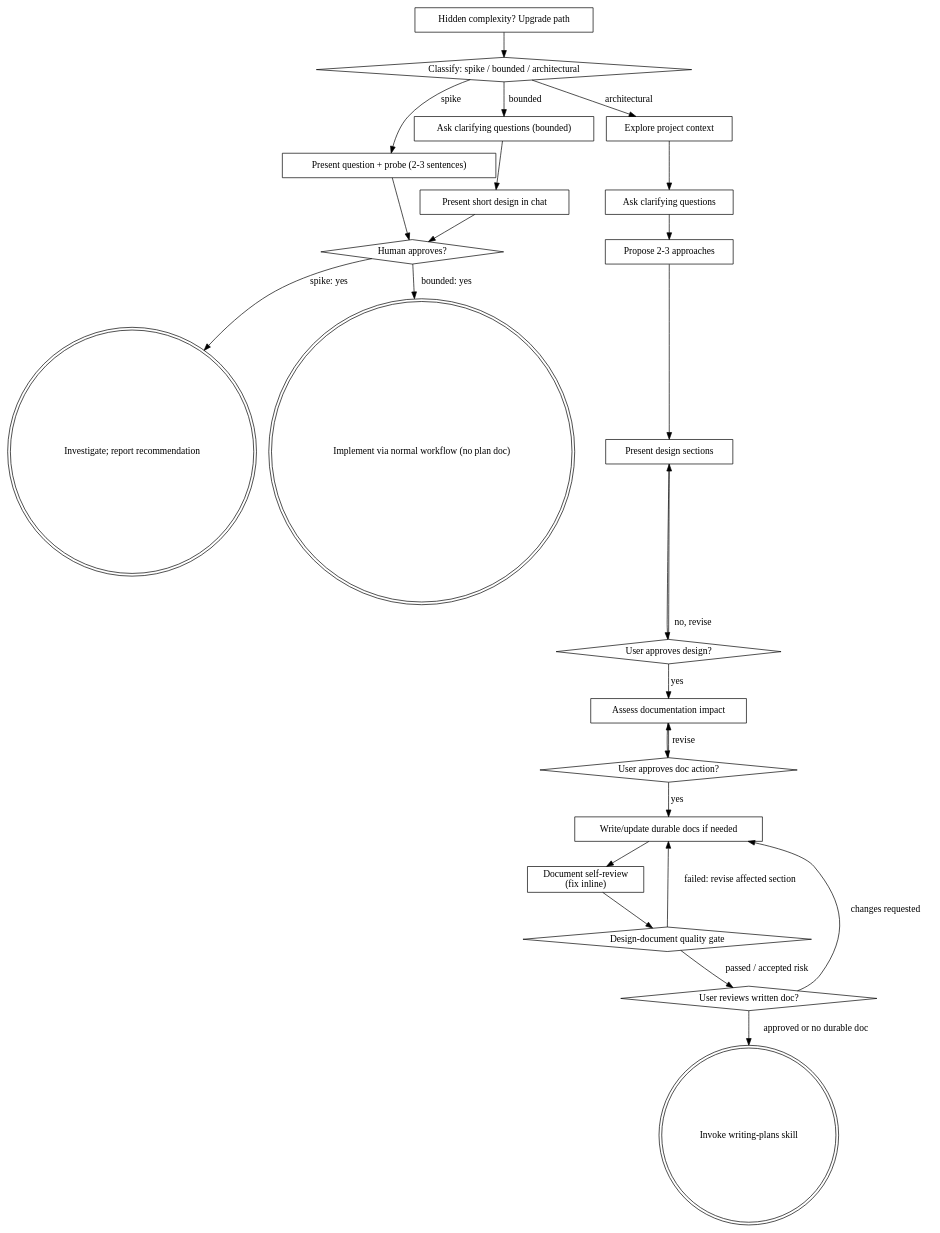
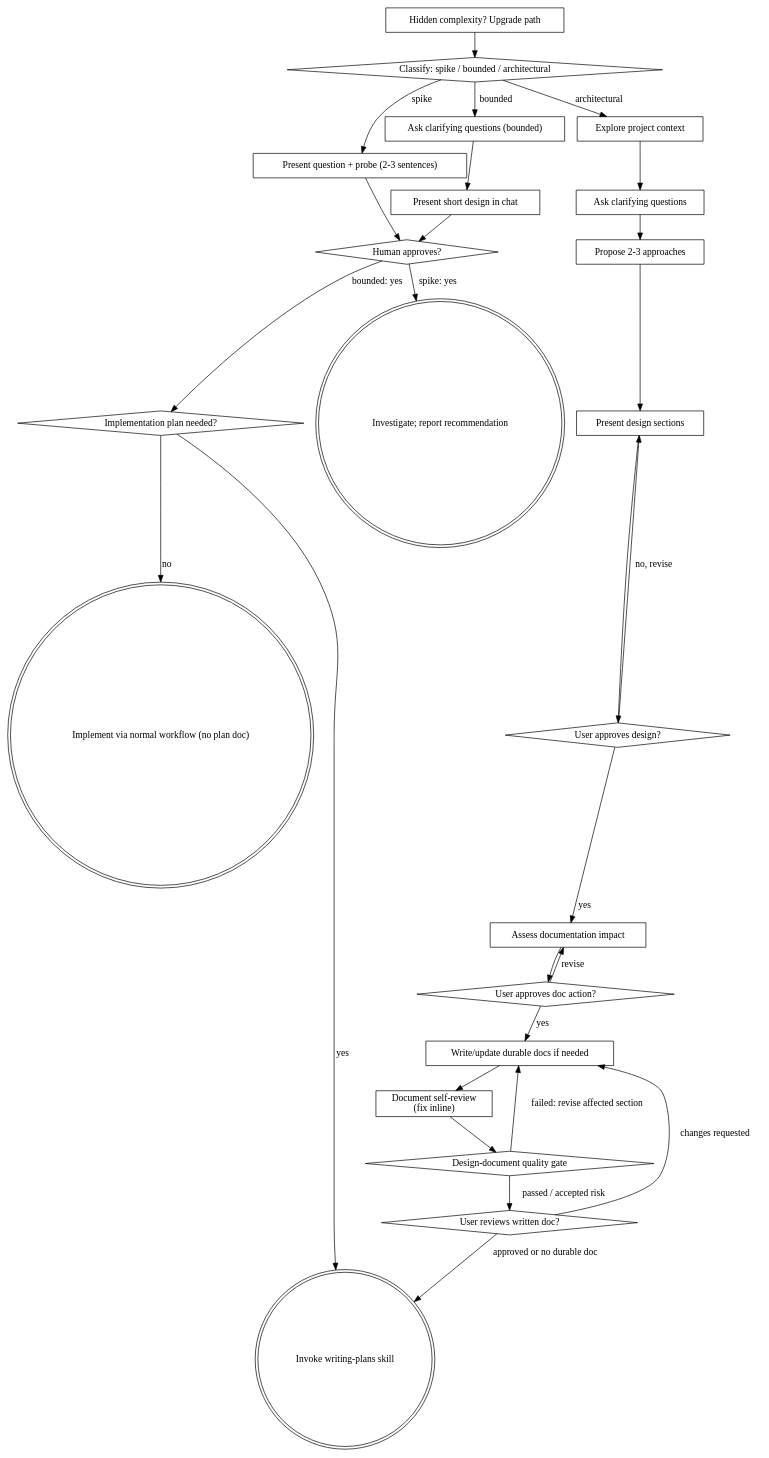
One commit to sonsu-lee/sonsu-marketplace changed the diagram in plugins/engineering/skills/brainstorming/SKILL.md. Above: the diagram before and after it, drawn with Graphviz. The commit also changed other lines of this file and 14 other files, not shown here.

````diff
--- a/plugins/engineering/skills/brainstorming/SKILL.md
+++ b/plugins/engineering/skills/brainstorming/SKILL.md
@@ -96,49 +99,52 @@
 ```dot
 digraph brainstorming {
     "Classify: spike / bounded / architectural" [shape=diamond];
     "Present question + probe (2-3 sentences)" [shape=box];
     "Ask clarifying questions (bounded)" [shape=box];
     "Present short design in chat" [shape=box];
     "Human approves?" [shape=diamond];
+    "Implementation plan needed?" [shape=diamond];
     "Investigate; report recommendation" [shape=doublecircle];
     "Implement via normal workflow (no plan doc)" [shape=doublecircle];
     "Explore project context" [shape=box];
     "Ask clarifying questions" [shape=box];
     "Propose 2-3 approaches" [shape=box];
     "Present design sections" [shape=box];
     "User approves design?" [shape=diamond];
     "Assess documentation impact" [shape=box];
     "User approves doc action?" [shape=diamond];
     "Write/update durable docs if needed" [shape=box];
     "Document self-review\n(fix inline)" [shape=box];
     "Design-document quality gate" [shape=diamond];
     "User reviews written doc?" [shape=diamond];
     "Invoke writing-plans skill" [shape=doublecircle];
     "Hidden complexity? Upgrade path" [shape=box];
 
     "Classify: spike / bounded / architectural" -> "Present question + probe (2-3 sentences)" [label="spike"];
     "Classify: spike / bounded / architectural" -> "Ask clarifying questions (bounded)" [label="bounded"];
     "Classify: spike / bounded / architectural" -> "Explore project context" [label="architectural"];
     "Present question + probe (2-3 sentences)" -> "Human approves?";
     "Ask clarifying questions (bounded)" -> "Present short design in chat";
     "Present short design in chat" -> "Human approves?";
     "Human approves?" -> "Investigate; report recommendation" [label="spike: yes"];
-    "Human approves?" -> "Implement via normal workflow (no plan doc)" [label="bounded: yes"];
+    "Human approves?" -> "Implementation plan needed?" [label="bounded: yes"];
+    "Implementation plan needed?" -> "Invoke writing-plans skill" [label="yes"];
+    "Implementation plan needed?" -> "Implement via normal workflow (no plan doc)" [label="no"];
     "Hidden complexity? Upgrade path" -> "Classify: spike / bounded / architectural";
     "Explore project context" -> "Ask clarifying questions";
     "Ask clarifying questions" -> "Propose 2-3 approaches";
     "Propose 2-3 approaches" -> "Present design sections";
     "Present design sections" -> "User approves design?";
     "User approves design?" -> "Present design sections" [label="no, revise"];
     "User approves design?" -> "Assess documentation impact" [label="yes"];
     "Assess documentation impact" -> "User approves doc action?";
     "User approves doc action?" -> "Assess documentation impact" [label="revise"];
     "User approves doc action?" -> "Write/update durable docs if needed" [label="yes"];
     "Write/update durable docs if needed" -> "Document self-review\n(fix inline)";
     "Document self-review\n(fix inline)" -> "Design-document quality gate";
     "Design-document quality gate" -> "Write/update durable docs if needed" [label="failed: revise affected section"];
     "Design-document quality gate" -> "User reviews written doc?" [label="passed / accepted risk"];
     "User reviews written doc?" -> "Write/update durable docs if needed" [label="changes requested"];
     "User reviews written doc?" -> "Invoke writing-plans skill" [label="approved or no durable doc"];
 }
 ```
````
